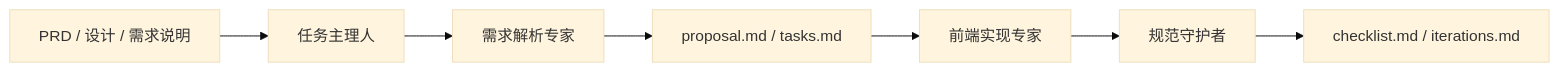
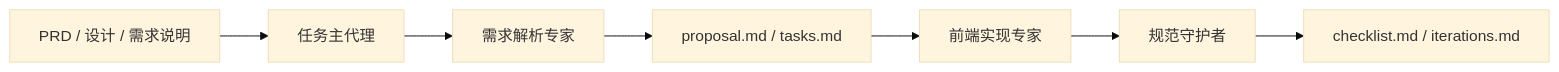
The fourth of 4 diagrams in docs/paser_two/AI规范驱动开发平台-综合蓝图.md (Colouful/br-ai-spec), drawn with Mermaid (base theme) before and after one commit. The commit also changed other lines of this file and 88 other files, not shown here.

````diff
--- a/docs/paser_two/AI规范驱动开发平台-综合蓝图.md
+++ b/docs/paser_two/AI规范驱动开发平台-综合蓝图.md
@@ -339,9 +339,9 @@
 ```mermaid
 flowchart LR
-    A["PRD / 设计 / 需求说明"] --> B["任务主理人"]
+    A["PRD / 设计 / 需求说明"] --> B["任务主代理"]
     B --> C["需求解析专家"]
     C --> D["proposal.md / tasks.md"]
     D --> E["前端实现专家"]
     E --> F["规范守护者"]
     F --> G["checklist.md / iterations.md"]
 ```
````
